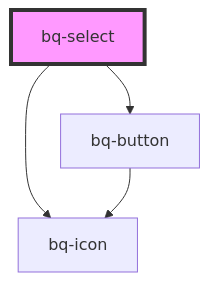
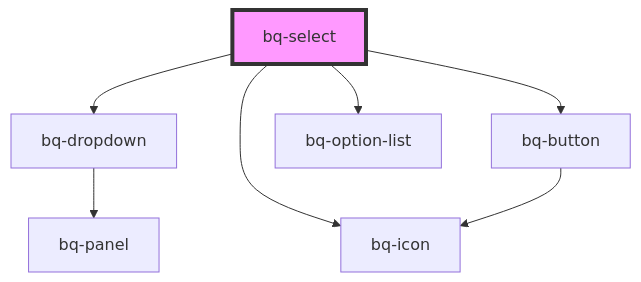
The diagram in packages/bee-q/src/components/select/readme.md (Endava/BEEQ), drawn with Mermaid before and after one commit. The commit also changed other lines of this file and 4 other files, not shown here.

````diff
--- a/packages/bee-q/src/components/select/readme.md
+++ b/packages/bee-q/src/components/select/readme.md
@@ -57,7 +61,10 @@
 ```mermaid
 graph TD;
+  bq-select --> bq-dropdown
   bq-select --> bq-button
   bq-select --> bq-icon
+  bq-select --> bq-option-list
+  bq-dropdown --> bq-panel
   bq-button --> bq-icon
   style bq-select fill:#f9f,stroke:#333,stroke-width:4px
 ```
````
